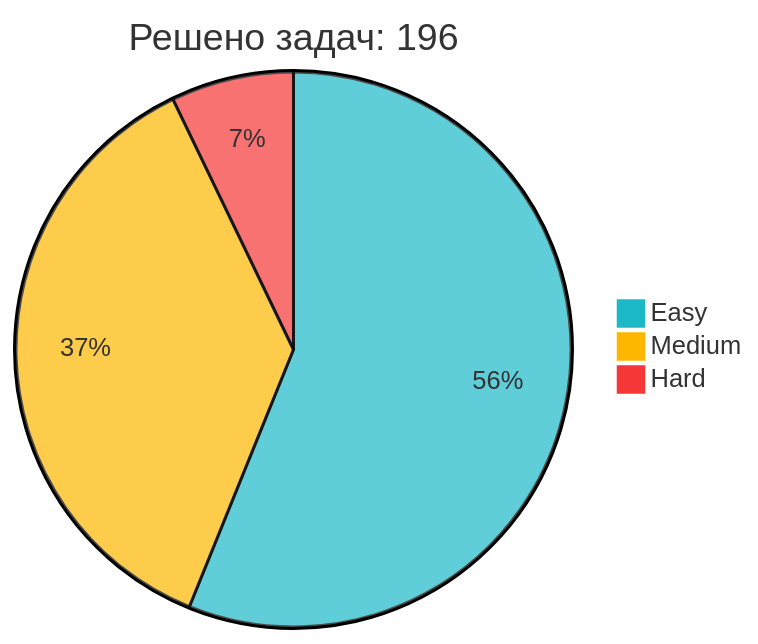
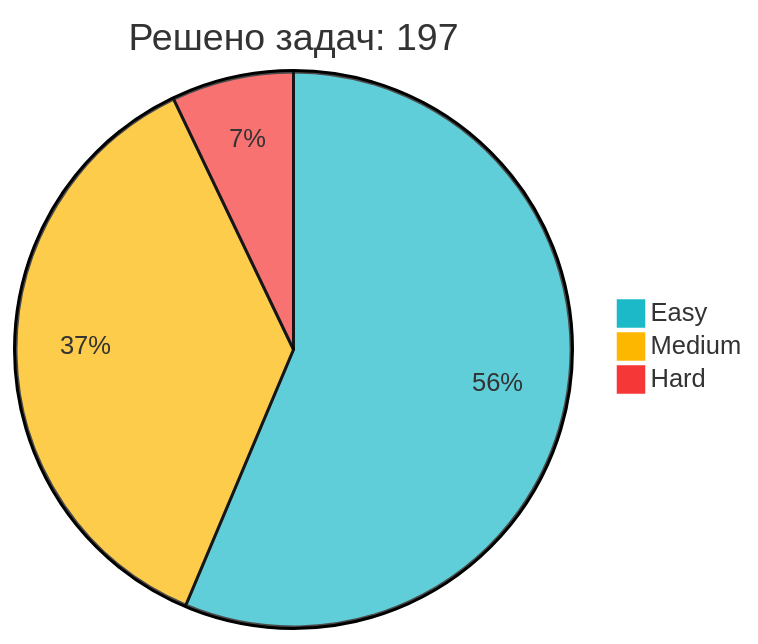
The diagram in README.md (IliaKurdukov/IliaKurdukov), drawn with Mermaid before and after one commit. The commit also changed other lines of this file, not shown here.

Commit message:
📈 Обновление статистики LeetCode

````diff
--- a/README.md
+++ b/README.md
@@ -51,7 +51,7 @@
 ```mermaid
 %%{init: {'theme': 'base', 'themeVariables': { 'pie1': '#1CBAC8', 'pie2': '#FEB700', 'pie3': '#F63737' }, 'config': {'width': 300, 'height': 200}}}%%
-pie title Решено задач: 196
-   "Easy" : 110
+pie title Решено задач: 197
+   "Easy" : 111
    "Medium" : 72
    "Hard" : 14
 ```
````
